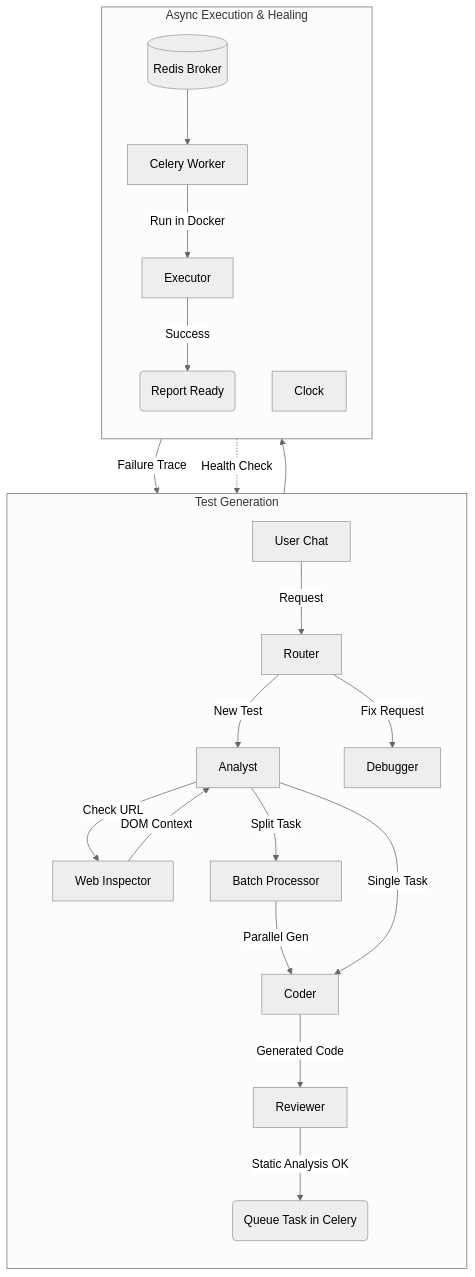
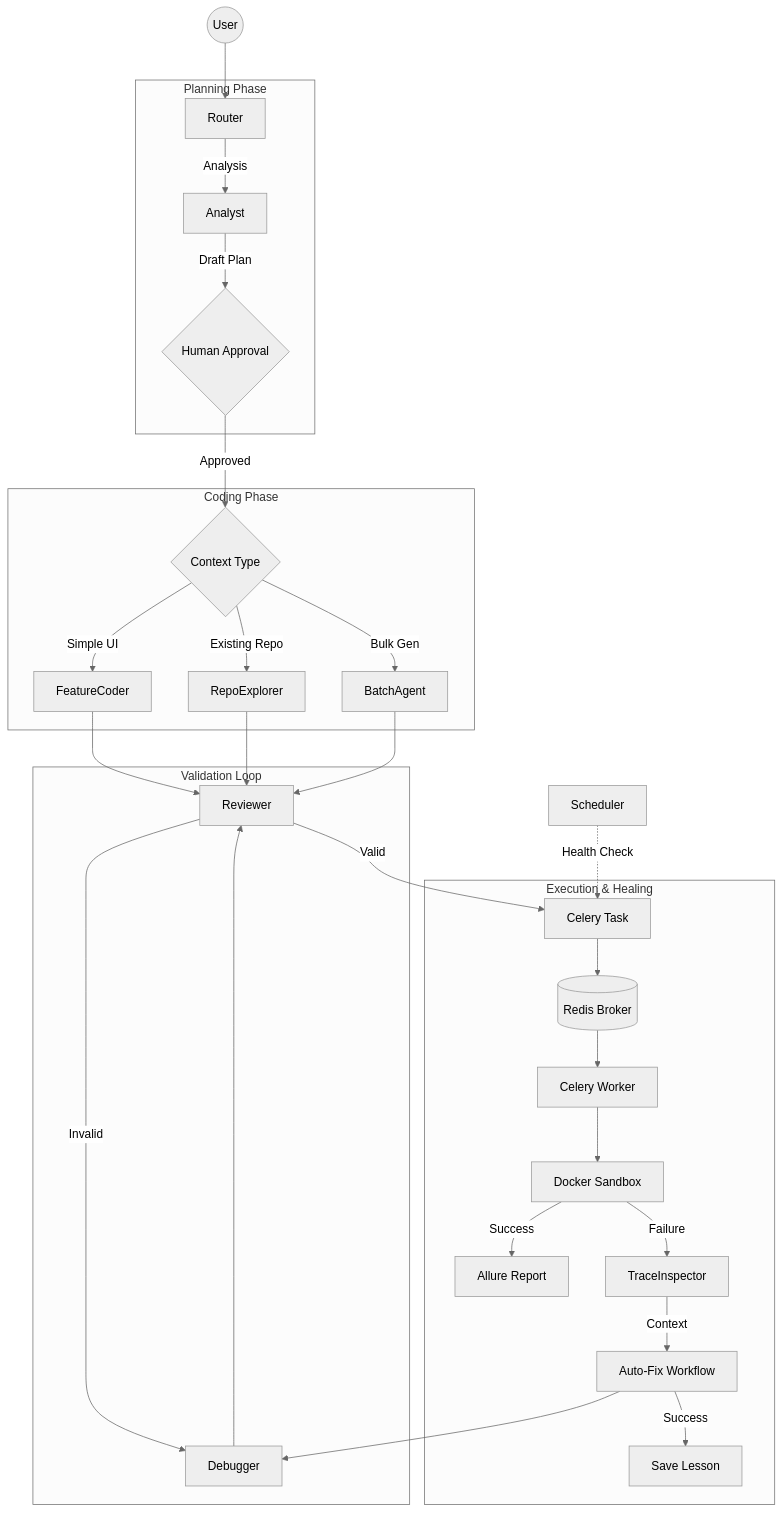
Before and after one commit to ShutovKS/copilot-audit: the diagram in README.md, drawn with Mermaid (neutral theme). The commit also changed other lines of this file and 29 other files, not shown here.

Commit message:
Decomposition Zustand Store, WebInspector Optimization, Loading model at startup and Update README

````diff
--- a/README.md
+++ b/README.md
@@ -65,26 +70,38 @@
 ```mermaid
 graph TD
-    subgraph "Test Generation"
-        direction TB
-        User[User Chat] -->|Request| Router
-        Router -->|New Test| Analyst
-        Router -->|Fix Request| Debugger
-        Analyst -->|Check URL| Inspector[Web Inspector]
-        Inspector -->|DOM Context| Analyst
-        Analyst -->|Split Task| Batch[Batch Processor]
-        Batch -->|Parallel Gen| Coder
-        Analyst -->|Single Task| Coder
-        Coder -->|Generated Code| Reviewer
-        Reviewer -->|Static Analysis OK| QueueTask(Queue Task in Celery)
+    User((User)) --> Router
+    
+    subgraph "Planning Phase"
+        Router -->|Analysis| Analyst
+        Analyst -->|Draft Plan| HumanGate{Human Approval}
     end
-    subgraph "Async Execution & Healing"
-        direction TB
+
+    subgraph "Coding Phase"
+        HumanGate -->|Approved| Routing{Context Type}
+        Routing -->|Simple UI| FeatureCoder
+        Routing -->|Existing Repo| RepoExplorer
+        Routing -->|Bulk Gen| BatchAgent
+    end
+
+    subgraph "Validation Loop"
+        FeatureCoder --> Reviewer
+        RepoExplorer --> Reviewer
+        BatchAgent --> Reviewer
+        Reviewer -->|Invalid| Debugger
+        Debugger --> Reviewer
+    end
+
+    subgraph "Execution & Healing"
+        Reviewer -->|Valid| QueueTask[Celery Task]
         QueueTask --> Redis[(Redis Broker)]
         Redis --> Worker[Celery Worker]
-        Worker -->|Run in Docker| Executor
-        Executor -->|Success| End(Report Ready)
-        Executor -->|Failure Trace| Debugger
-        Scheduler[Clock] -.->|Health Check| QueueTask
+        Worker --> Executor[Docker Sandbox]
+        Executor -->|Success| Report[Allure Report]
+        Executor -->|Failure| TraceInspector
+        TraceInspector -->|Context| AutoFix[Auto-Fix Workflow]
+        AutoFix --> Debugger
+        AutoFix -->|Success| Memory[Save Lesson]
     end
 
+    Scheduler -.->|Health Check| QueueTask
 ```
````
